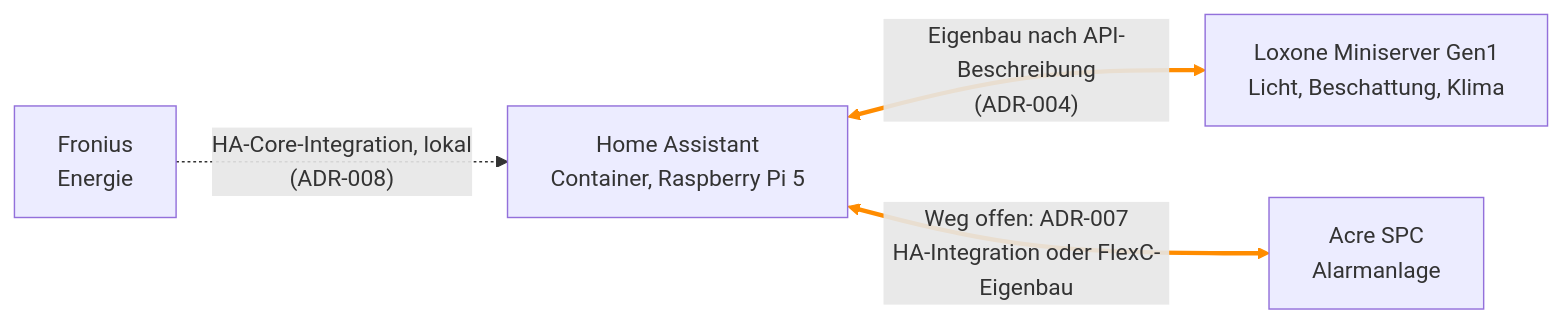
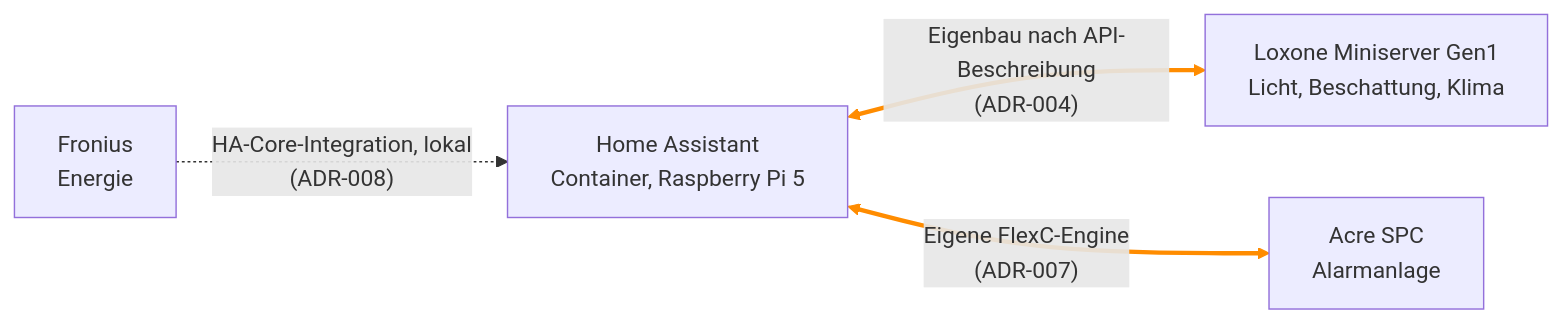
The diagram in docs/05-interfaces.md (Starlord83-ger/SmartHA), drawn with Mermaid before and after one commit. The commit also changed other lines of this file and 9 other files, not shown here.

First line of the commit message:
docs(paket-3): ADR-007 akzeptiert, SPC über eigene FlexC-Engine

````diff
--- a/docs/05-interfaces.md
+++ b/docs/05-interfaces.md
@@ -9,13 +9,13 @@
 ```mermaid
 flowchart LR
   HA["Home Assistant<br/>Container, Raspberry Pi 5"]
   LOX["Loxone Miniserver Gen1<br/>Licht, Beschattung, Klima"]
   SPC["Acre SPC<br/>Alarmanlage"]
   FRO["Fronius<br/>Energie"]
 
   HA <-->|"Eigenbau nach API-Beschreibung<br/>(ADR-004)"| LOX
-  HA <-->|"Weg offen: ADR-007<br/>HA-Integration oder FlexC-Eigenbau"| SPC
+  HA <-->|"Eigene FlexC-Engine<br/>(ADR-007)"| SPC
   FRO -.->|"HA-Core-Integration, lokal<br/>(ADR-008)"| HA
 
   linkStyle 0,1 stroke:#FF8C00,stroke-width:3px;
 ```
````
